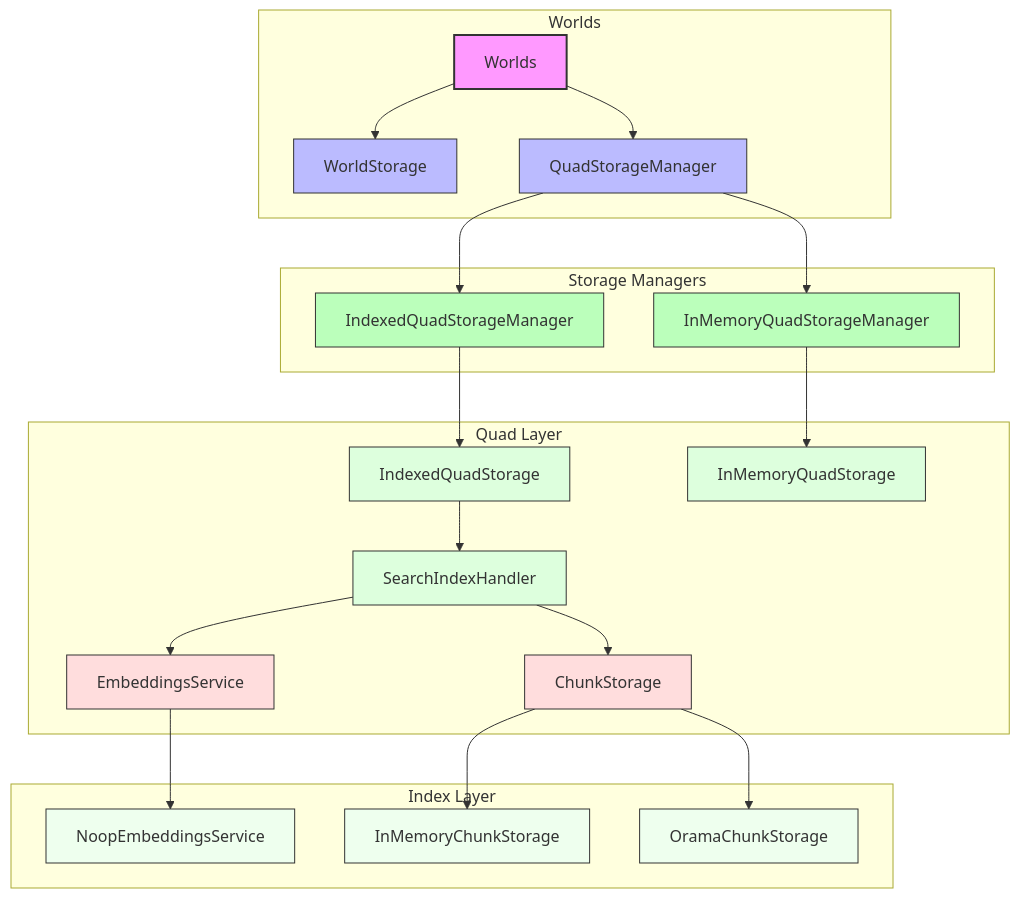
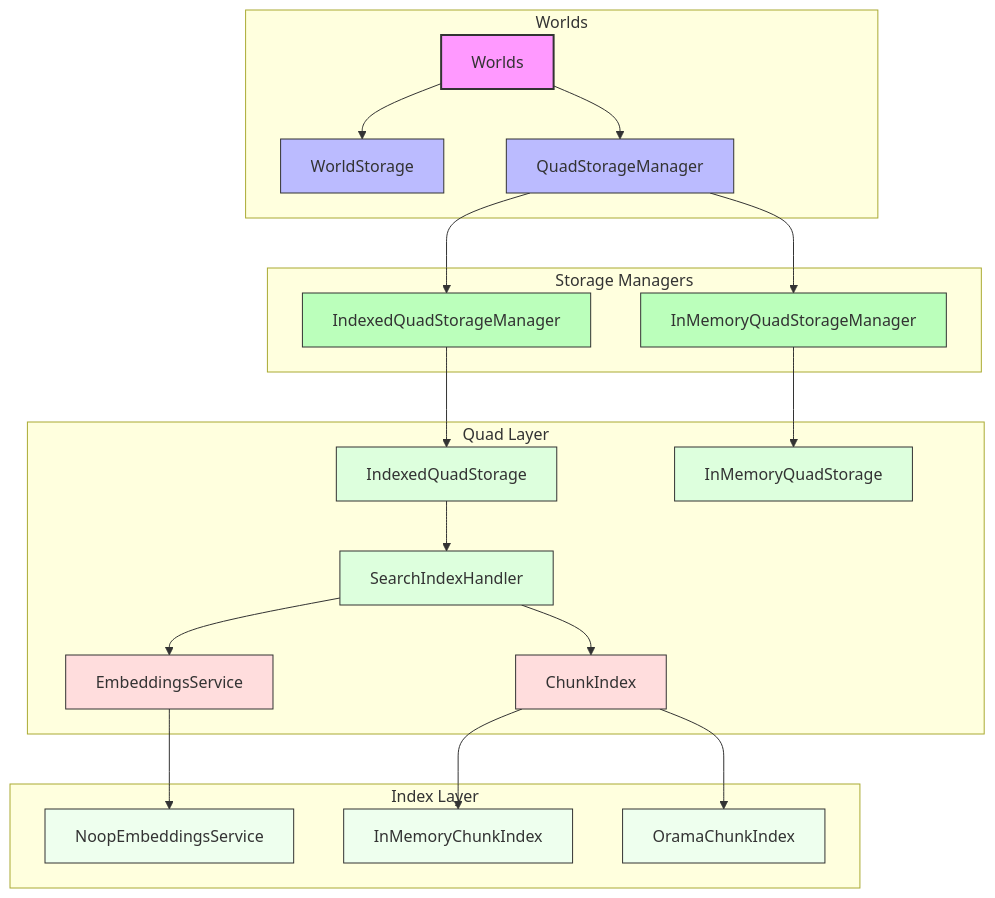
Before and after one commit to wazootech/worlds-api: the fifth of 5 diagrams in docs/ARCHITECTURE.md, drawn with Mermaid. The commit also changed other lines of this file, not shown here.

First line of the commit message:
docs: align architecture diagrams with chunk index

````diff
--- a/docs/ARCHITECTURE.md
+++ b/docs/ARCHITECTURE.md
@@ -310,40 +315,40 @@
 ```mermaid
 flowchart TB
     subgraph Worlds
         A[Worlds] --> B[WorldStorage]
         A --> C[QuadStorageManager]
     end
     
     subgraph Storage Managers
         C --> D[IndexedQuadStorageManager]
         C --> E[InMemoryQuadStorageManager]
     end
     
     subgraph Quad Layer
         D --> F[IndexedQuadStorage]
         E --> G[InMemoryQuadStorage]
         F --> H[SearchIndexHandler]
         H --> I[EmbeddingsService]
-        H --> J[ChunkStorage]
+        H --> J[ChunkIndex]
     end
     
     subgraph Index Layer
         I --> K[NoopEmbeddingsService]
-        J --> L[InMemoryChunkStorage]
-        J --> M[OramaChunkStorage]
+        J --> L[InMemoryChunkIndex]
+        J --> M[OramaChunkIndex]
     end
     
     style A fill:#f9f,stroke:#333,stroke-width:2px
     style B fill:#bbf,stroke:#333
     style C fill:#bbf,stroke:#333
     style D fill:#bfb,stroke:#333
     style E fill:#bfb,stroke:#333
     style F fill:#dfd,stroke:#333
     style G fill:#dfd,stroke:#333
     style H fill:#dfd,stroke:#333
     style I fill:#fdd,stroke:#333
     style J fill:#fdd,stroke:#333
     style K fill:#efe,stroke:#333
     style L fill:#efe,stroke:#333
     style M fill:#efe,stroke:#333
 ```
````
